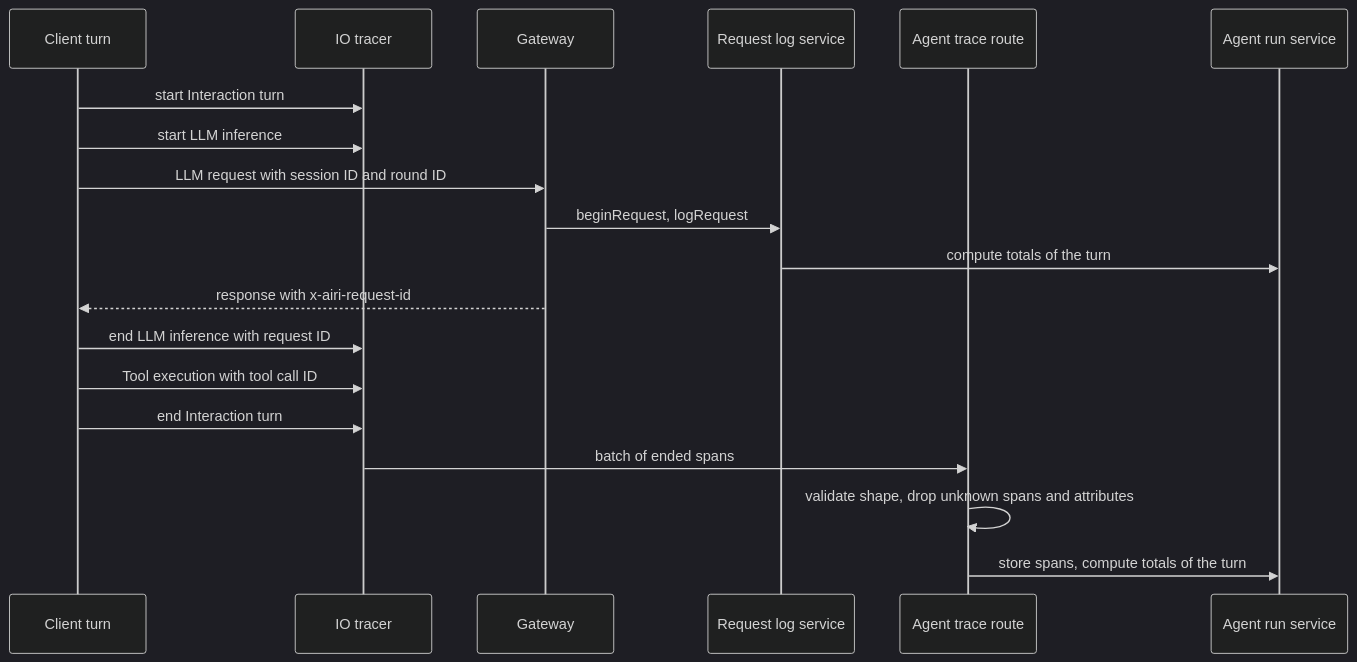
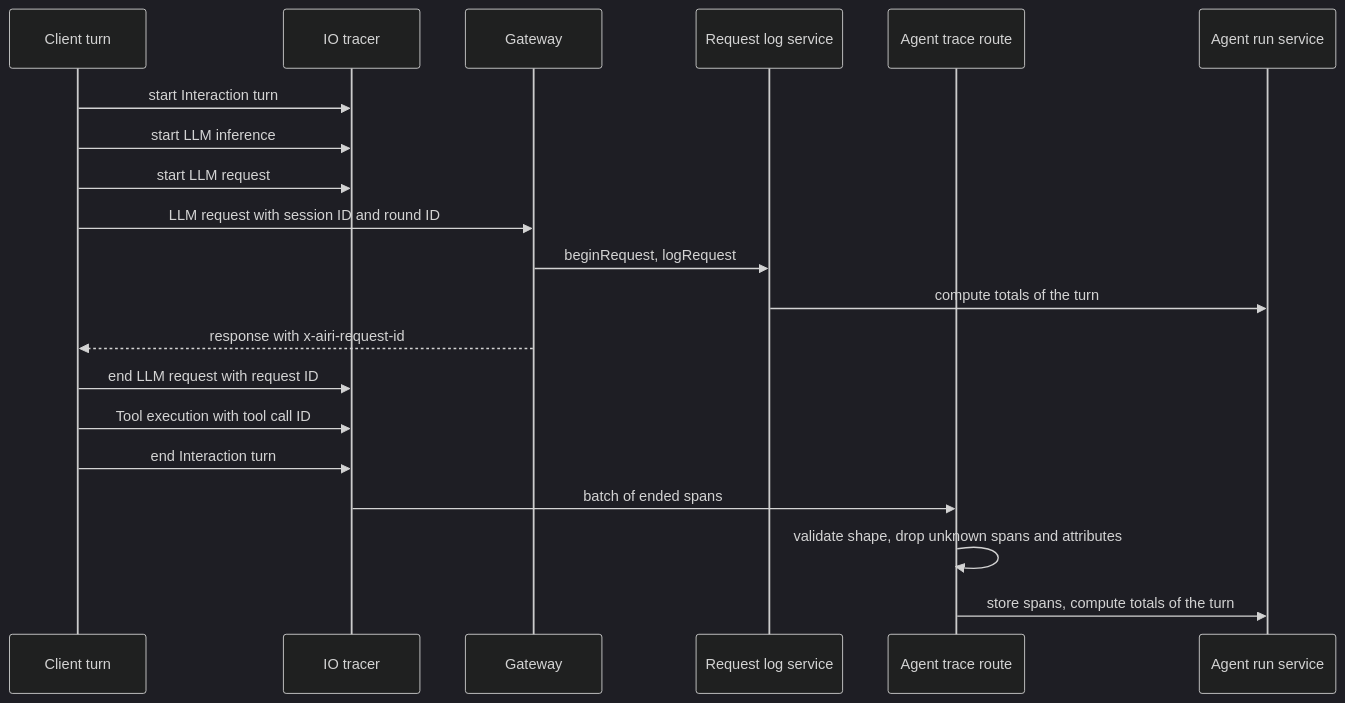
One commit to moeru-ai/airi changed the second of 2 diagrams in server/docs/ai/adr/2026-10-14-agent-trace.md. Above: the diagram before and after it, drawn with Mermaid (dark theme). The commit also changed other lines of this file, not shown here.

Commit message:
docs(api): record each chat request as an LLM request span in the official fetch

````diff
--- a/server/docs/ai/adr/2026-10-14-agent-trace.md
+++ b/server/docs/ai/adr/2026-10-14-agent-trace.md
@@ -240,21 +255,22 @@
 ```mermaid
 sequenceDiagram
   participant UI as Client turn
   participant Tracer as IO tracer
   participant GW as Gateway
   participant Log as Request log service
   participant API as Agent trace route
   participant Run as Agent run service
   UI->>Tracer: start Interaction turn
   UI->>Tracer: start LLM inference
+  UI->>Tracer: start LLM request
   UI->>GW: LLM request with session ID and round ID
   GW->>Log: beginRequest, logRequest
   Log->>Run: compute totals of the turn
   GW-->>UI: response with x-airi-request-id
-  UI->>Tracer: end LLM inference with request ID
+  UI->>Tracer: end LLM request with request ID
   UI->>Tracer: Tool execution with tool call ID
   UI->>Tracer: end Interaction turn
   Tracer->>API: batch of ended spans
   API->>API: validate shape, drop unknown spans and attributes
   API->>Run: store spans, compute totals of the turn
 ```
````
